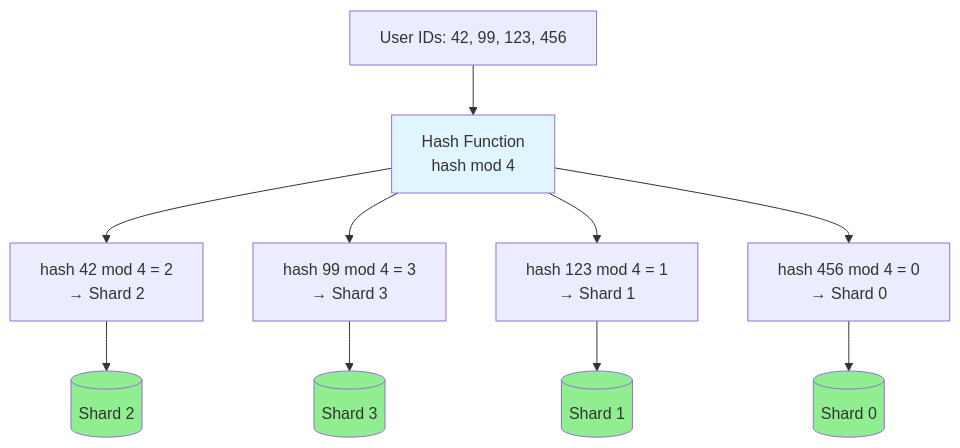
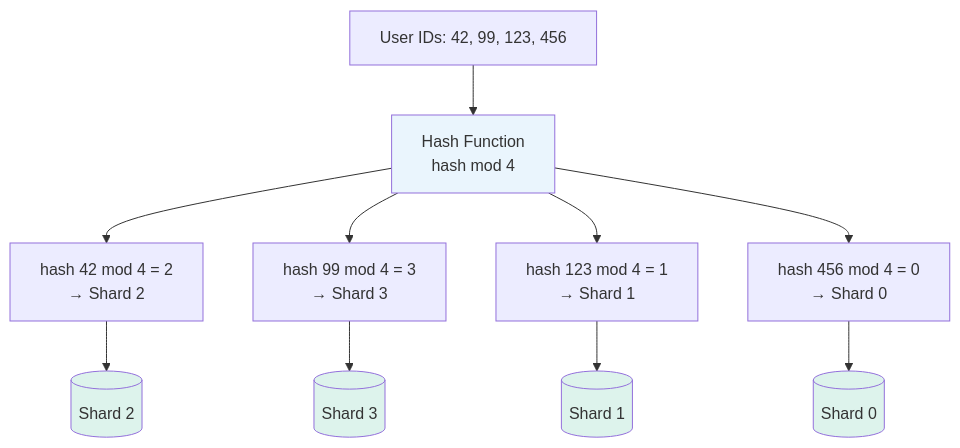
One commit to cartmancodes/InterviewVault changed diagram 17 of 46 in LLD/CoreConcepts/Sharding.md. Above: the diagram before and after it, drawn with Mermaid. The commit also changed other lines of this file and 679 other files, not shown here.

Commit message:
Unify content diagrams and add accessible visual walkthroughs

````diff
--- a/LLD/CoreConcepts/Sharding.md
+++ b/LLD/CoreConcepts/Sharding.md
@@ -439,24 +439,24 @@
 ```mermaid
 graph TB
     USERS[User IDs: 42, 99, 123, 456]
     
     HASH[Hash Function<br/>hash mod 4]
     
     USERS --> HASH
     
     HASH --> R1[hash 42 mod 4 = 2<br/>→ Shard 2]
     HASH --> R2[hash 99 mod 4 = 3<br/>→ Shard 3]
     HASH --> R3[hash 123 mod 4 = 1<br/>→ Shard 1]
     HASH --> R4[hash 456 mod 4 = 0<br/>→ Shard 0]
     
     R1 --> S2[(Shard 2)]
     R2 --> S3[(Shard 3)]
     R3 --> S1[(Shard 1)]
     R4 --> S0[(Shard 0)]
     
-    style HASH fill:#e1f5ff
-    style S0 fill:#90EE90
-    style S1 fill:#90EE90
-    style S2 fill:#90EE90
-    style S3 fill:#90EE90
+    style HASH fill:#EAF5FD
+    style S0 fill:#DDF3EC
+    style S1 fill:#DDF3EC
+    style S2 fill:#DDF3EC
+    style S3 fill:#DDF3EC
 ```
````
